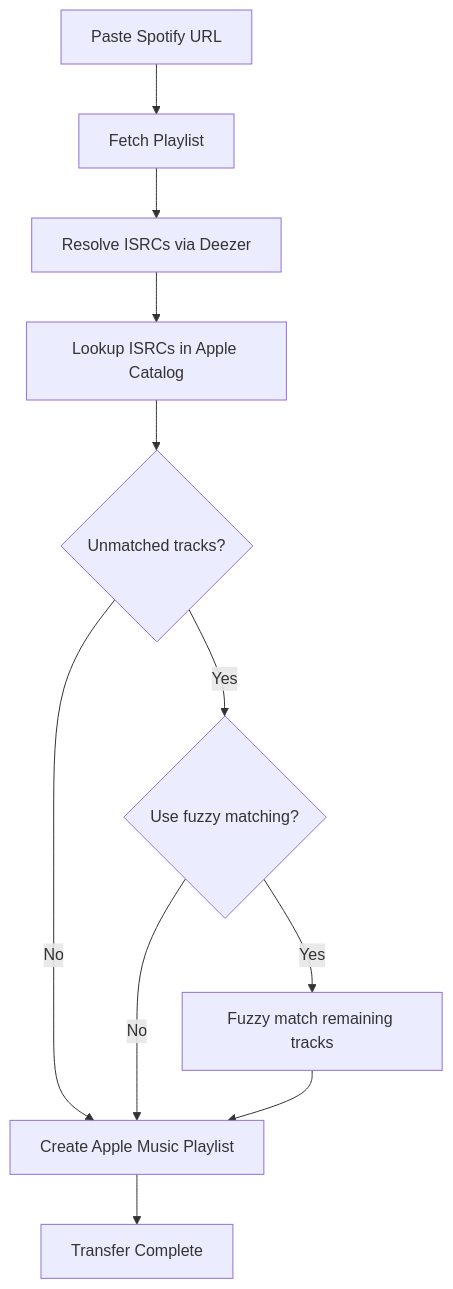
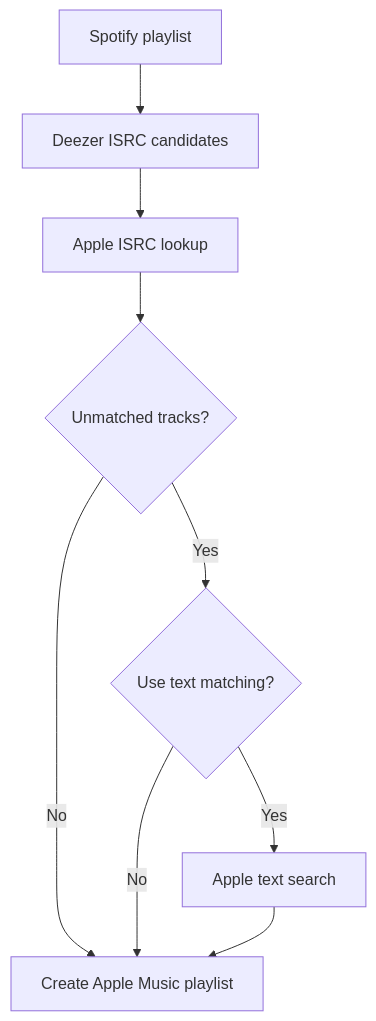
The diagram in README.md (thomas-fazzari/ciderfy), drawn with Mermaid before and after one commit. The commit also changed other lines of this file and 28 other files, not shown here.

Commit message:
Rework matching pipeline with improved ISRC validation

````diff
--- a/README.md
+++ b/README.md
@@ -51,16 +91,11 @@
 ```mermaid
 flowchart TD
-    A[Paste Spotify URL] --> B[Fetch Playlist]
-    B --> C[Resolve ISRCs via Deezer]
-    C --> D[Lookup ISRCs in Apple Catalog]
-    D --> E{Unmatched tracks?}
-
-    E -- No --> H[Create Apple Music Playlist]
-    E -- Yes --> F{Use fuzzy matching?}
-
-    F -- No --> H
-    F -- Yes --> G[Fuzzy match remaining tracks]
-    G --> H
-
-    H --> I[Transfer Complete]
+    A[Spotify playlist] --> B[Deezer ISRC candidates]
+    B --> C[Apple ISRC lookup]
+    C --> D{Unmatched tracks?}
+    D -- No --> F[Create Apple Music playlist]
+    D -- Yes --> E{Use text matching?}
+    E -- No --> F
+    E -- Yes --> G[Apple text search]
+    G --> F
 ```
````
